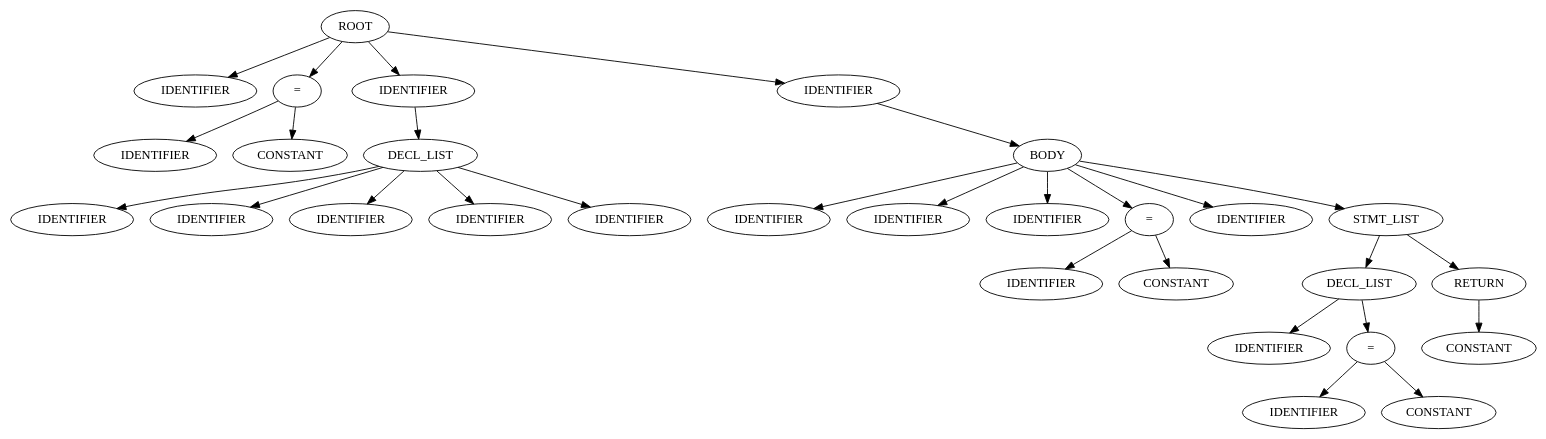
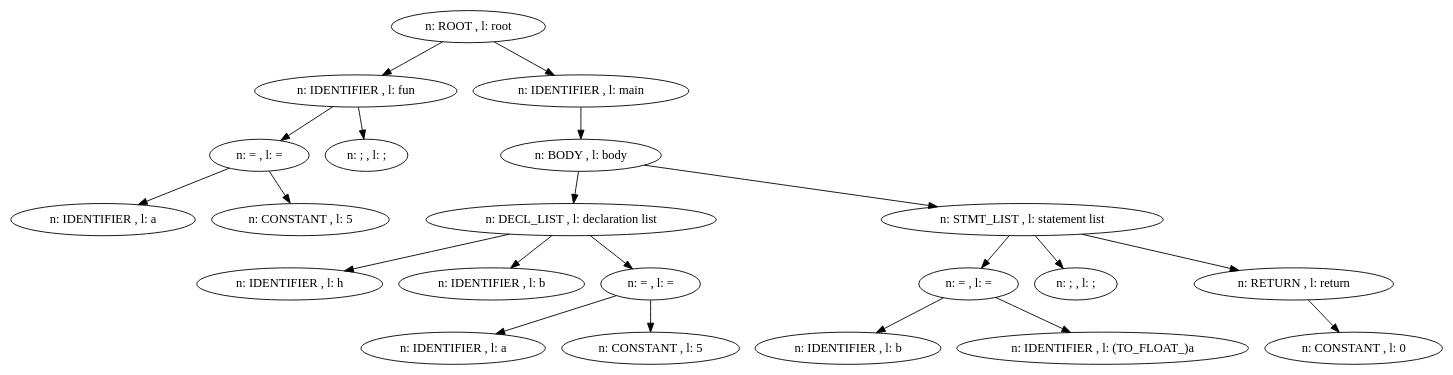
Before and after one commit to dipeshdk/codagami_compiler: the diagram in src/graph.dot, drawn with Graphviz. The commit also changed 33 other files, not shown here.

```diff
--- a/src/graph.dot
+++ b/src/graph.dot
@@ -1,59 +1,43 @@
 strict digraph AST {
-44 [label="ROOT"];
-0 [label="IDENTIFIER"];
-3 [label="="];
-1 [label="IDENTIFIER"];
-2 [label="CONSTANT"];
-8 [label="IDENTIFIER"];
-24 [label="DECL_LIST"];
-15 [label="IDENTIFIER"];
-18 [label="IDENTIFIER"];
-19 [label="IDENTIFIER"];
-22 [label="IDENTIFIER"];
-23 [label="IDENTIFIER"];
-25 [label="IDENTIFIER"];
-43 [label="BODY"];
-26 [label="IDENTIFIER"];
-27 [label="IDENTIFIER"];
-28 [label="IDENTIFIER"];
-31 [label="="];
-29 [label="IDENTIFIER"];
-30 [label="CONSTANT"];
-32 [label="IDENTIFIER"];
-42 [label="STMT_LIST"];
-39 [label="DECL_LIST"];
-35 [label="IDENTIFIER"];
-38 [label="="];
-36 [label="IDENTIFIER"];
-37 [label="CONSTANT"];
-41 [label="RETURN"];
-40 [label="CONSTANT"];
-44 -> 0
-44 -> 3
-3 -> 1
-3 -> 2
-44 -> 8
-8 -> 24
-24 -> 15
-24 -> 18
-24 -> 19
+34 [label="n: ROOT , l: root"];
+5 [label="n: IDENTIFIER , l: fun"];
+9 [label="n: = , l: ="];
+8 [label="n: IDENTIFIER , l: a"];
+10 [label="n: CONSTANT , l: 5"];
+11 [label="n: ; , l: ;"];
+12 [label="n: IDENTIFIER , l: main"];
+33 [label="n: BODY , l: body"];
+25 [label="n: DECL_LIST , l: declaration list"];
+18 [label="n: IDENTIFIER , l: h"];
+20 [label="n: IDENTIFIER , l: b"];
+24 [label="n: = , l: ="];
+22 [label="n: IDENTIFIER , l: a"];
+23 [label="n: CONSTANT , l: 5"];
+32 [label="n: STMT_LIST , l: statement list"];
+27 [label="n: = , l: ="];
+26 [label="n: IDENTIFIER , l: b"];
+28 [label="n: IDENTIFIER , l: (TO_FLOAT_)a"];
+29 [label="n: ; , l: ;"];
+31 [label="n: RETURN , l: return"];
+30 [label="n: CONSTANT , l: 0"];
+34 -> 5
+5 -> 9
+9 -> 8
+9 -> 10
+5 -> 11
+34 -> 12
+12 -> 33
+33 -> 25
+25 -> 18
+25 -> 20
+25 -> 24
 24 -> 22
 24 -> 23
-44 -> 25
-25 -> 43
-43 -> 26
-43 -> 27
-43 -> 28
-43 -> 31
-31 -> 29
+33 -> 32
+32 -> 27
+27 -> 26
+27 -> 28
+32 -> 29
+32 -> 31
 31 -> 30
-43 -> 32
-43 -> 42
-42 -> 39
-39 -> 35
-39 -> 38
-38 -> 36
-38 -> 37
-42 -> 41
-41 -> 40
 }
```
